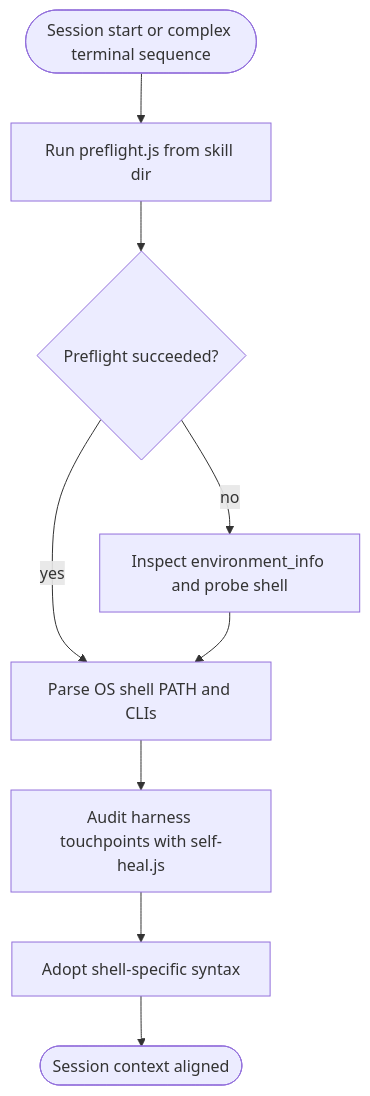
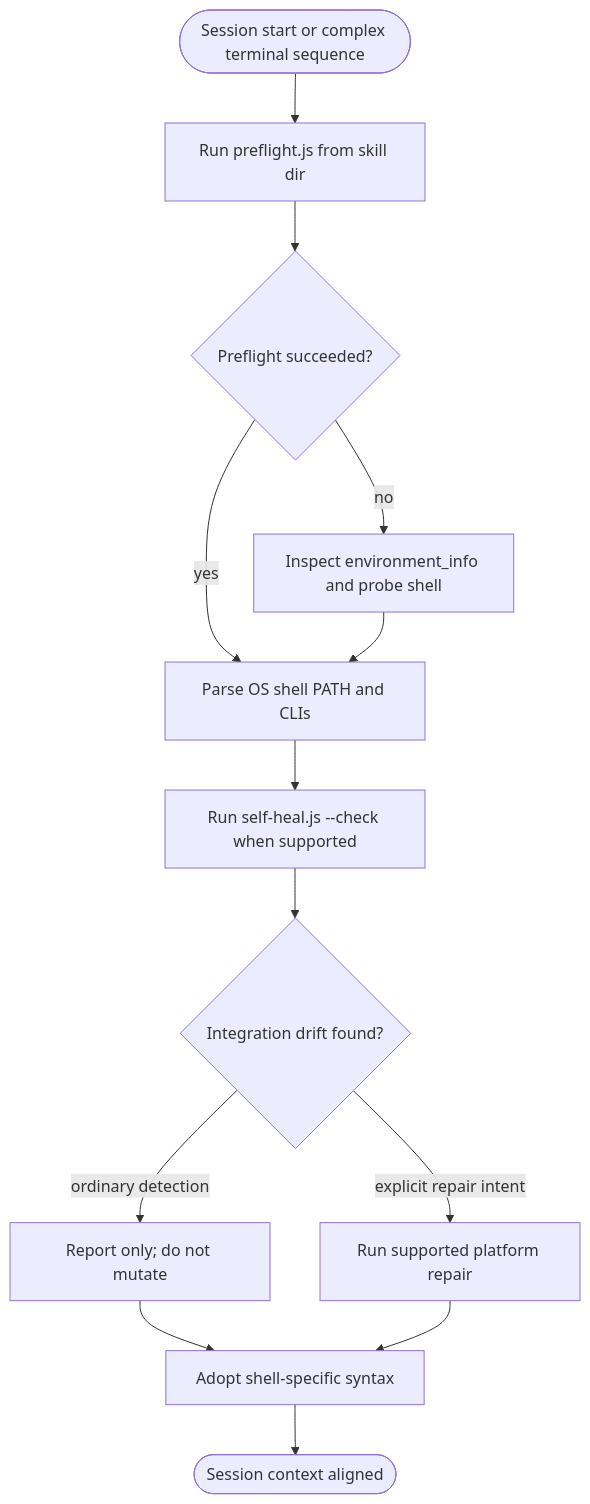
The first of 4 diagrams in docs/workflows/environment-detection.md (dyphn1/Harness-everything), drawn with Mermaid before and after one commit. The commit also changed other lines of this file and 6 other files, not shown here.

First line of the commit message:
fix(environment-detection): keep discovery read-only (#214)

````diff
--- a/docs/workflows/environment-detection.md
+++ b/docs/workflows/environment-detection.md
@@ -9,11 +9,15 @@
 ```mermaid
 graph TD
   SessionStart([Session start or complex terminal sequence]) --> Preflight[Run preflight.js from skill dir]
   Preflight --> PreflightOk{Preflight succeeded?}
   PreflightOk -->|yes| ParseOut[Parse OS shell PATH and CLIs]
   PreflightOk -->|no| FallbackProbe[Inspect environment_info and probe shell]
   FallbackProbe --> ParseOut
-  ParseOut --> SelfHealAudit[Audit harness touchpoints with self-heal.js]
-  SelfHealAudit --> AdoptSyntax[Adopt shell-specific syntax]
+  ParseOut --> SelfHealAudit[Run self-heal.js --check when supported]
+  SelfHealAudit --> Drift{Integration drift found?}
+  Drift -->|ordinary detection| ReportOnly[Report only; do not mutate]
+  Drift -->|explicit repair intent| Repair[Run supported platform repair]
+  ReportOnly --> AdoptSyntax[Adopt shell-specific syntax]
+  Repair --> AdoptSyntax
   AdoptSyntax --> DoneCtx([Session context aligned])
 ```
````
